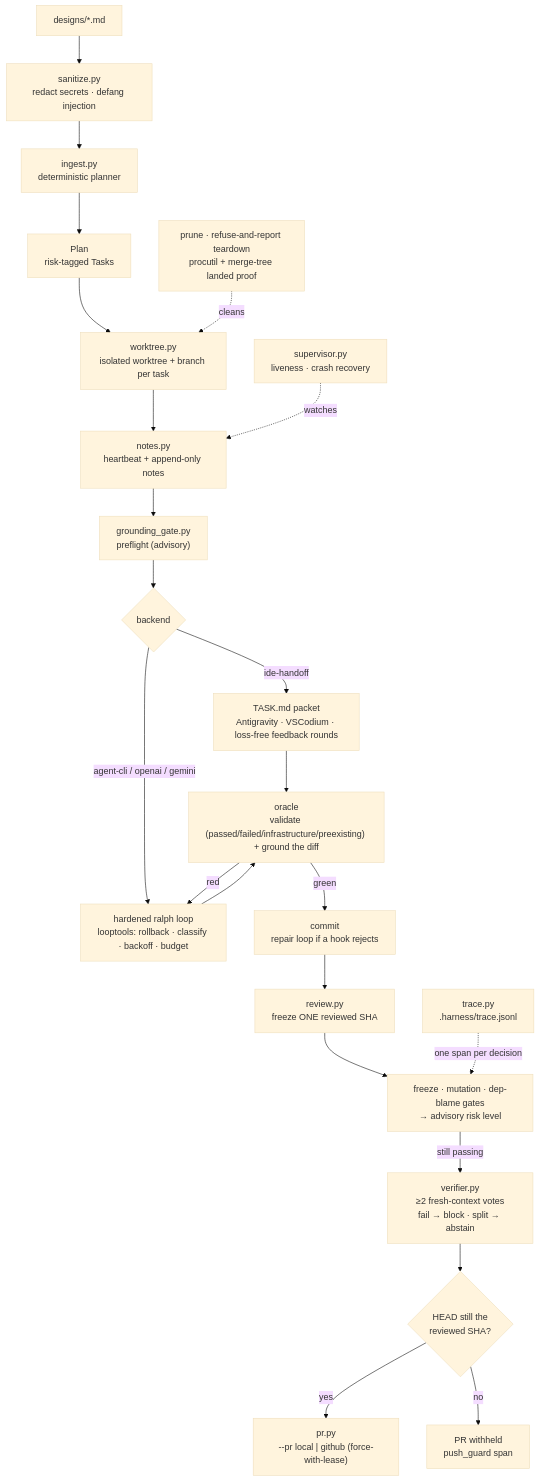
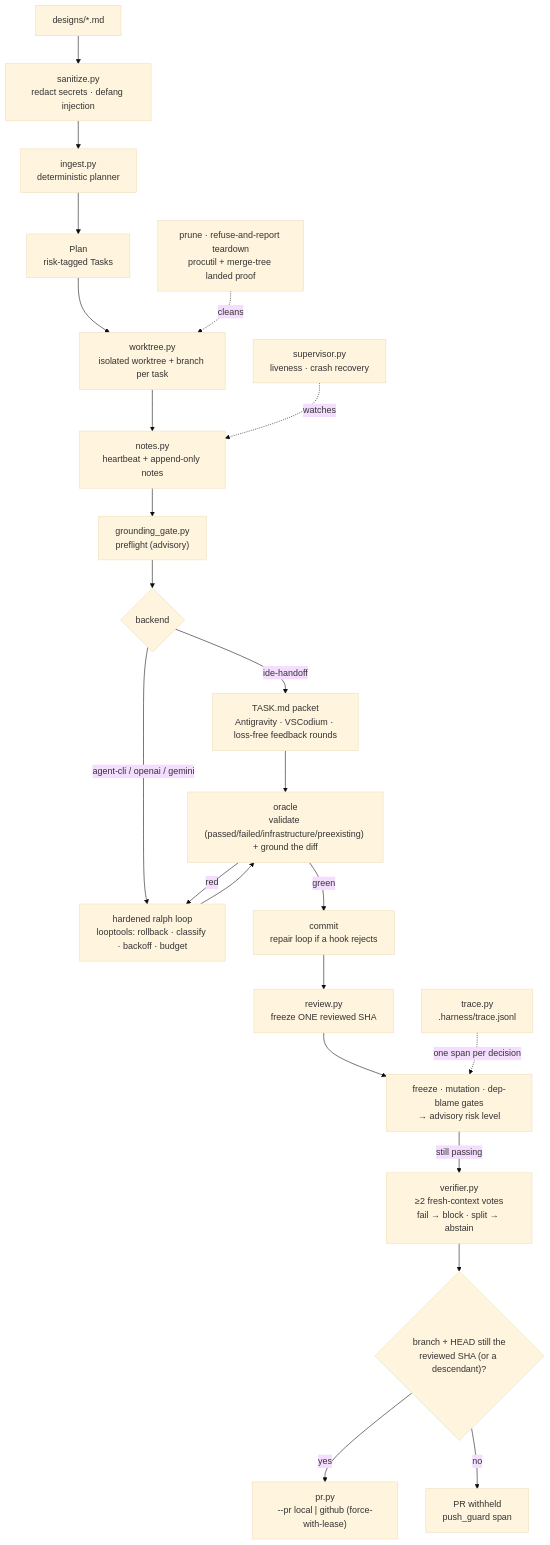
One commit to cabal19421/harness-oss changed the second of 4 diagrams in ARCHITECTURE.md. Above: the diagram before and after it, drawn with Mermaid (base theme). The commit also changed other lines of this file and 28 other files, not shown here.

````diff
--- a/ARCHITECTURE.md
+++ b/ARCHITECTURE.md
@@ -141,25 +141,25 @@
 ```mermaid
 flowchart TB
     D["designs/*.md"] --> SAN["sanitize.py\nredact secrets · defang injection"]
     SAN --> ING["ingest.py\ndeterministic planner"]
     ING --> PLAN["Plan\nrisk-tagged Tasks"]
     PLAN --> WT["worktree.py\nisolated worktree + branch per task"]
     WT --> HB["notes.py\nheartbeat + append-only notes"]
     HB --> GATE1["grounding_gate.py\npreflight (advisory)"]
     GATE1 --> BACK{"backend"}
     BACK -->|ide-handoff| PKT["TASK.md packet\nAntigravity · VSCodium · loss-free feedback rounds"]
     BACK -->|agent-cli / openai / gemini| RALPH["hardened ralph loop\nlooptools: rollback · classify · backoff · budget"]
     PKT --> ORACLE["oracle\nvalidate (passed/failed/infrastructure/preexisting) + ground the diff"]
     RALPH --> ORACLE
     ORACLE -->|red| RALPH
     ORACLE -->|green| COMMIT["commit\nrepair loop if a hook rejects"]
     COMMIT --> FREEZE["review.py\nfreeze ONE reviewed SHA"]
     FREEZE --> GATES["freeze · mutation · dep-blame gates\n→ advisory risk level"]
     GATES -->|still passing| VER["verifier.py\n≥2 fresh-context votes\nfail → block · split → abstain"]
-    VER --> GUARD{"HEAD still the\nreviewed SHA?"}
+    VER --> GUARD{"branch + HEAD still the\nreviewed SHA (or a descendant)?"}
     GUARD -->|yes| PR["pr.py\n--pr local | github (force-with-lease)"]
     GUARD -->|no| HELD["PR withheld\npush_guard span"]
     SUP["supervisor.py\nliveness · crash recovery"] -. watches .-> HB
     CLEAN["prune · refuse-and-report teardown\nprocutil + merge-tree landed proof"] -. cleans .-> WT
     TR["trace.py\n.harness/trace.jsonl"] -. one span per decision .-> GATES
 ```
````
